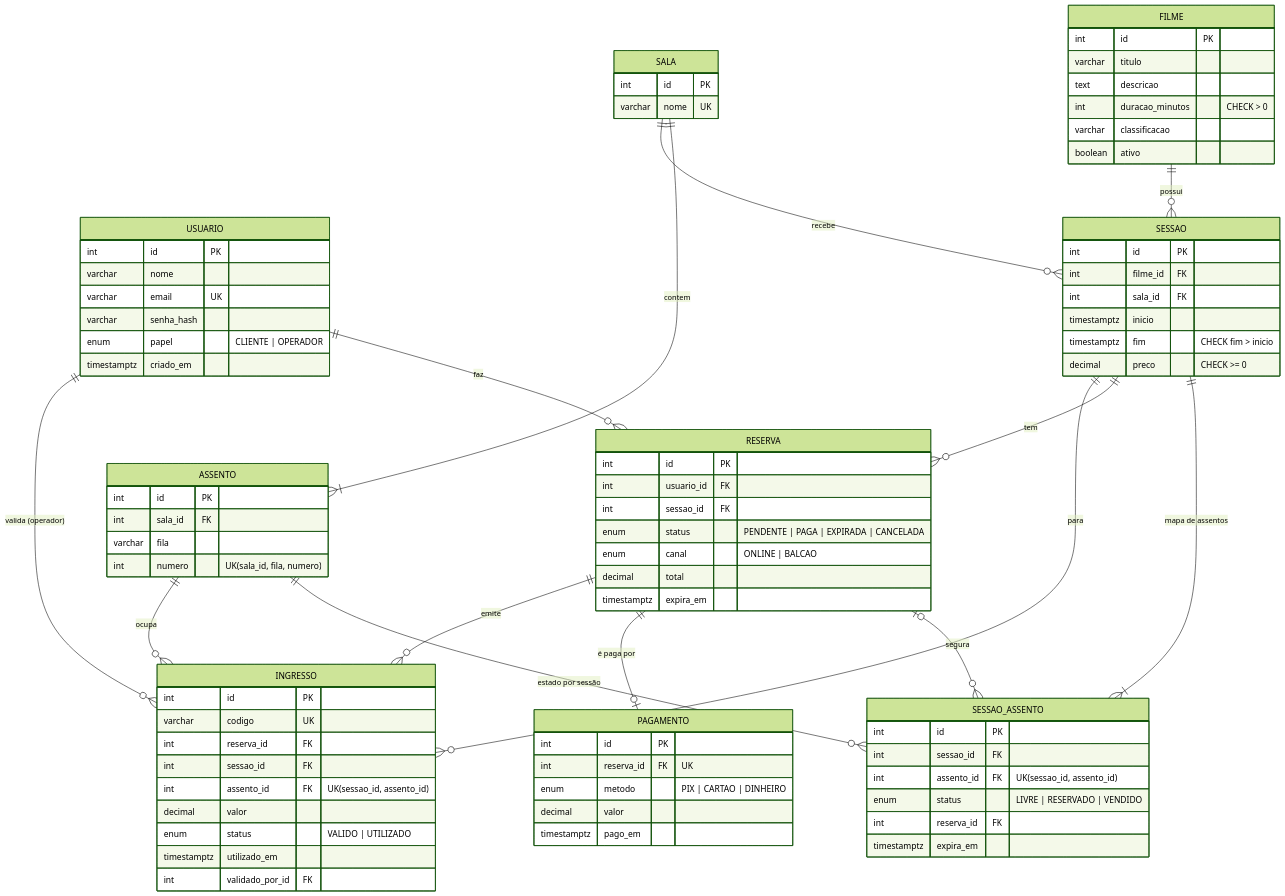
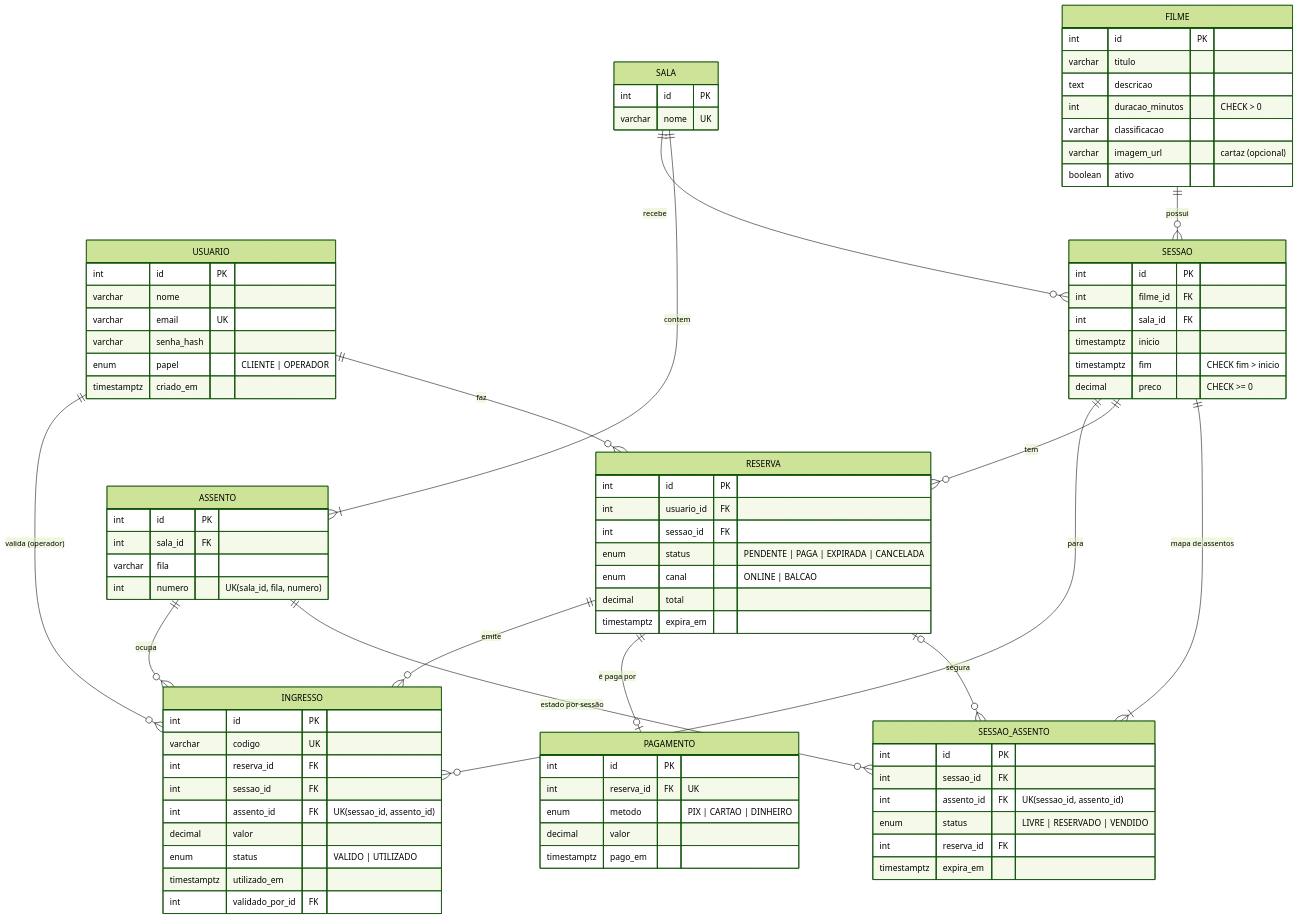
One commit to Vini43541111/Cinema changed the diagram in backend/docs/DER.md. Above: the diagram before and after it, drawn with Mermaid (forest theme). The commit also changed 36 other files, not shown here.

```diff
--- a/backend/docs/DER.md
+++ b/backend/docs/DER.md
@@ -30,6 +30,7 @@
         text descricao
         int duracao_minutos "CHECK > 0"
         varchar classificacao
+        varchar imagem_url "cartaz (opcional)"
         boolean ativo
     }
     SALA {
```
